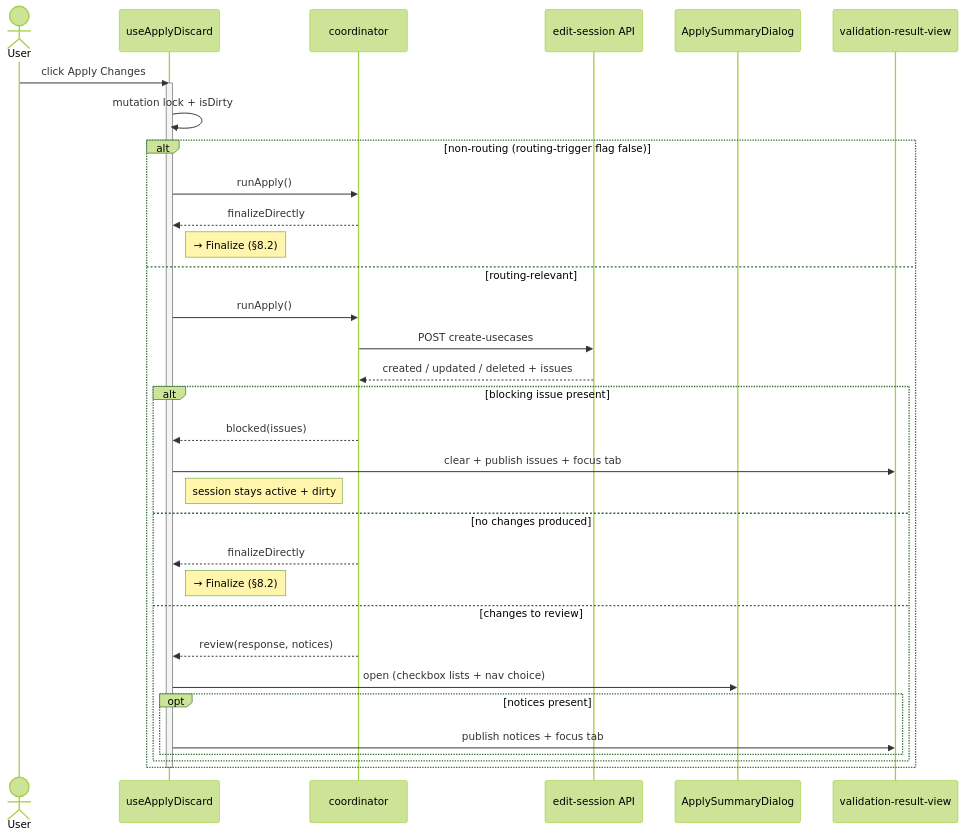
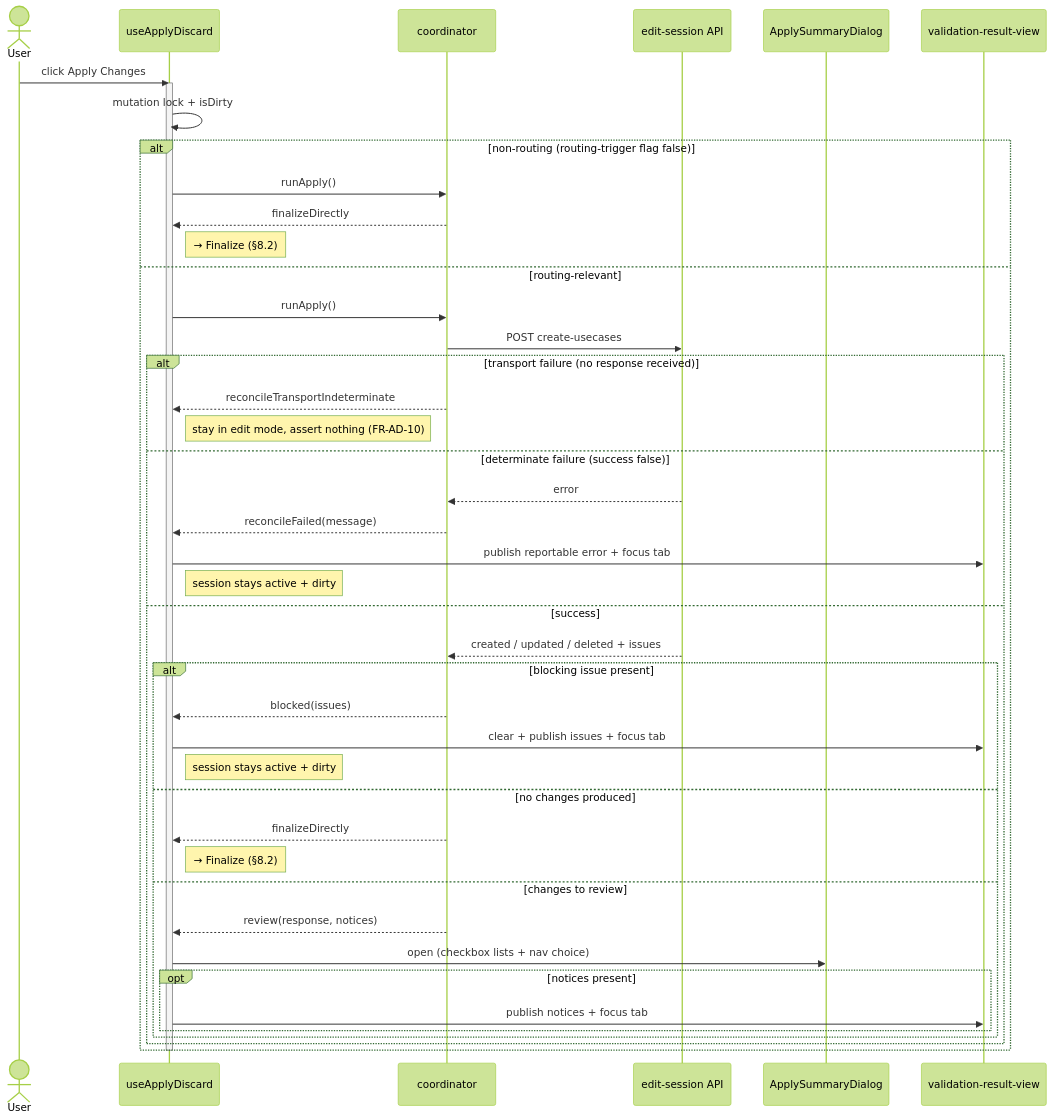
One commit to AudioReach/audioreach-creator-ui changed the first of 3 diagrams in docs/design/apply-discard-changes/design.md. Above: the diagram before and after it, drawn with Mermaid (forest theme). The commit also changed other lines of this file and 1 other file, not shown here.

Commit message:
docs(react): cover create-usecases failure in apply/discard design
The apply/discard reconcile step never accounted for create-usecases
itself failing. The sequence diagram for Apply's reconcile-and-branch
step only branched on the response's content (blocking issue, no
changes, changes to review), implicitly assuming the call always
succeeds; the requirements' resolved-decisions history described the
empty-reconciliation case as requiring success: true but never said
what happens when it's false, and the API client layer section
described the transport/business distinction without saying how the
coordinator actually tells them apart for statuses other than
end-session's own 400/422.

Adds the missing branch to the sequence diagram and requirement
mapping, documents the general HTTP-status parsing behavior in the
API client layer section, and records the reconcile-failure decision
in the requirements history alongside the existing empty-
reconciliation entry it complements.

````diff
--- a/docs/design/apply-discard-changes/design.md
+++ b/docs/design/apply-discard-changes/design.md
@@ -553,37 +564,47 @@
 ```mermaid
 sequenceDiagram
     actor User
     participant Hook as useApplyDiscard
     participant Coord as coordinator
     participant Api as edit-session API
     participant Dialog as ApplySummaryDialog
     participant VView as validation-result-view
 
     User->>Hook: click Apply Changes
     activate Hook
     Hook->>Hook: mutation lock + isDirty
     alt non-routing (routing-trigger flag false)
         Hook->>Coord: runApply()
         Coord-->>Hook: finalizeDirectly
         Note right of Hook: → Finalize (§8.2)
     else routing-relevant
         Hook->>Coord: runApply()
         Coord->>Api: POST create-usecases
-        Api-->>Coord: created / updated / deleted + issues
-        alt blocking issue present
-            Coord-->>Hook: blocked(issues)
-            Hook->>VView: clear + publish issues + focus tab
+        alt transport failure (no response received)
+            Coord-->>Hook: reconcileTransportIndeterminate
+            Note right of Hook: stay in edit mode, assert nothing (FR-AD-10)
+        else determinate failure (success false)
+            Api-->>Coord: error
+            Coord-->>Hook: reconcileFailed(message)
+            Hook->>VView: publish reportable error + focus tab
             Note right of Hook: session stays active + dirty
-        else no changes produced
-            Coord-->>Hook: finalizeDirectly
-            Note right of Hook: → Finalize (§8.2)
-        else changes to review
-            Coord-->>Hook: review(response, notices)
-            Hook->>Dialog: open (checkbox lists + nav choice)
-            opt notices present
-                Hook->>VView: publish notices + focus tab
+        else success
+            Api-->>Coord: created / updated / deleted + issues
+            alt blocking issue present
+                Coord-->>Hook: blocked(issues)
+                Hook->>VView: clear + publish issues + focus tab
+                Note right of Hook: session stays active + dirty
+            else no changes produced
+                Coord-->>Hook: finalizeDirectly
+                Note right of Hook: → Finalize (§8.2)
+            else changes to review
+                Coord-->>Hook: review(response, notices)
+                Hook->>Dialog: open (checkbox lists + nav choice)
+                opt notices present
+                    Hook->>VView: publish notices + focus tab
+                end
             end
         end
     end
     deactivate Hook
 ```
````
